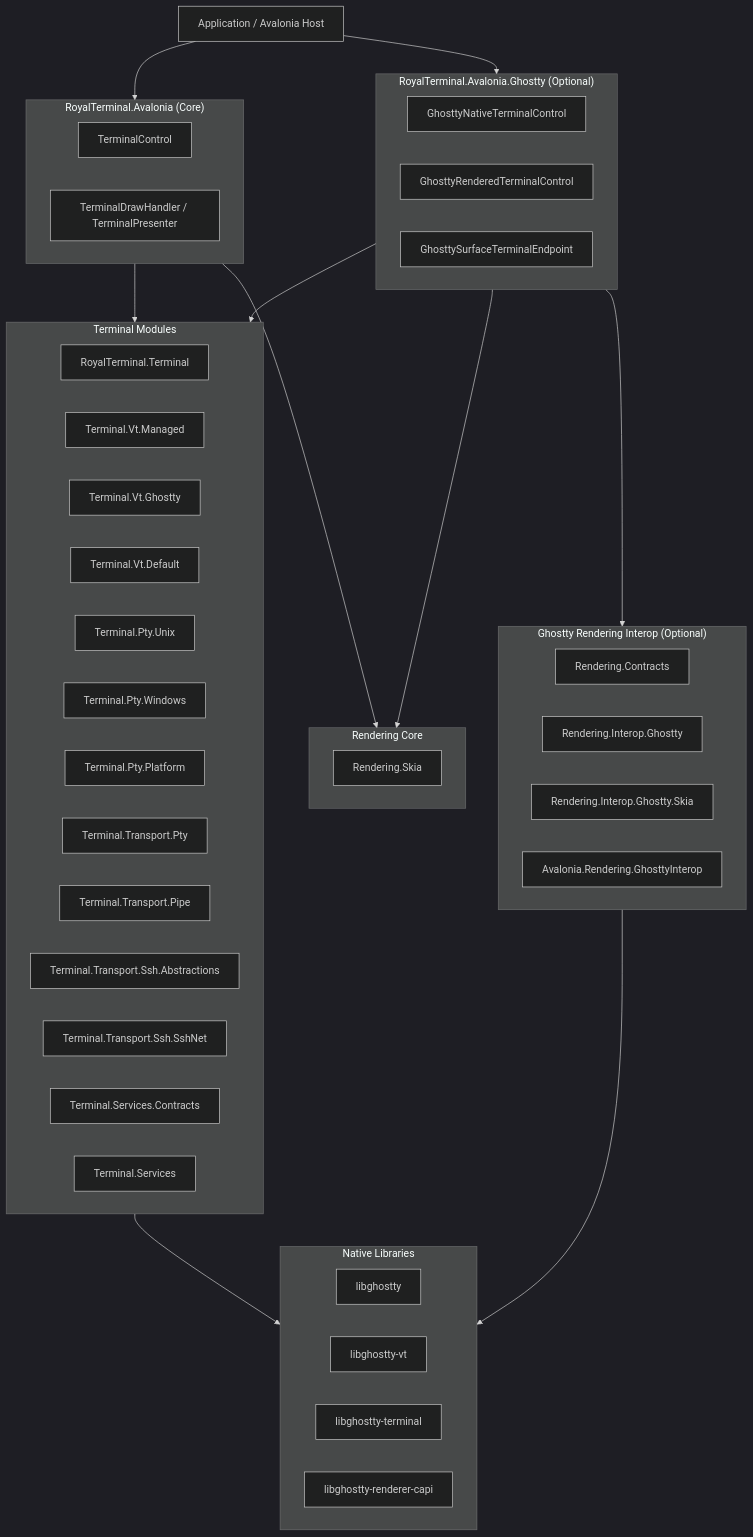
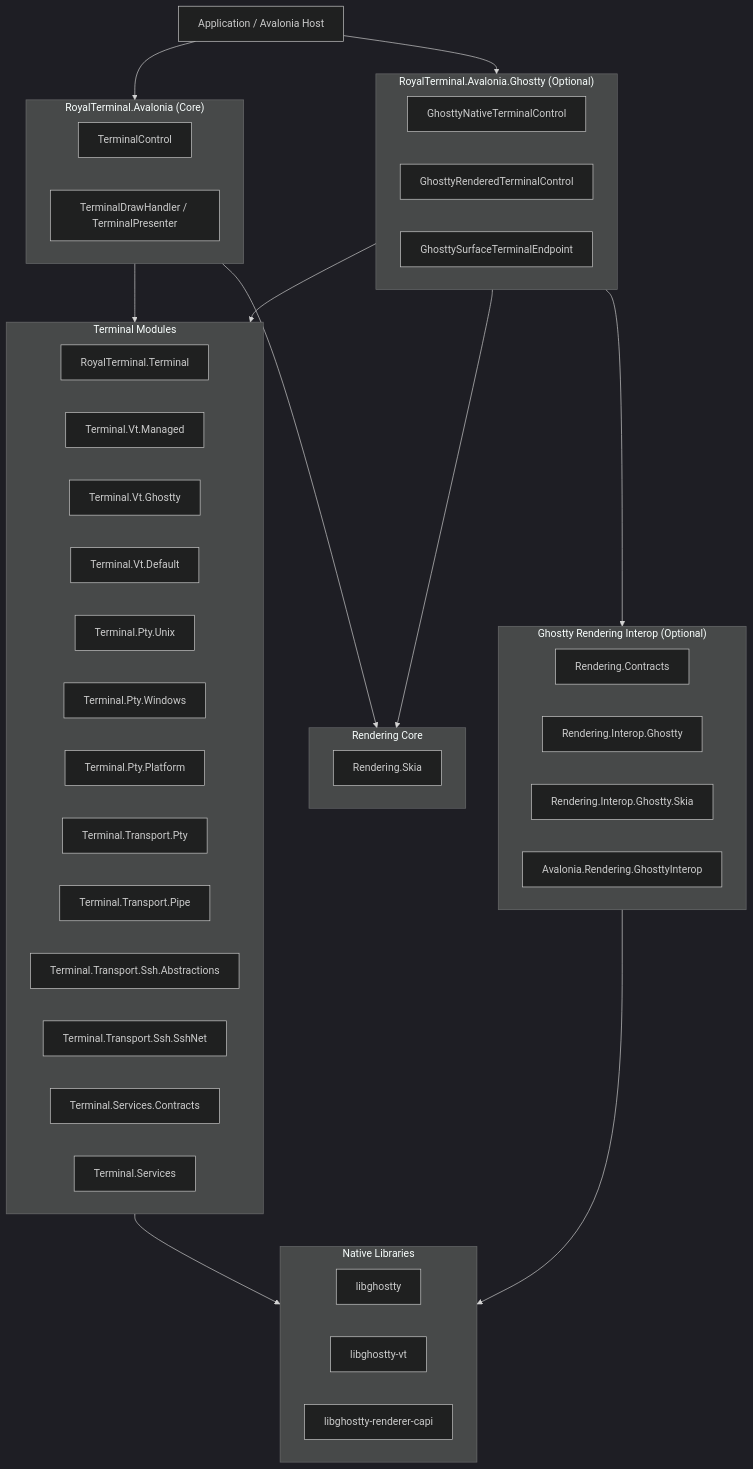
One commit to royalapplications/RoyalTerminal changed the diagram in README.md. Above: the diagram before and after it, drawn with Mermaid (dark theme). The commit also changed other lines of this file and 49 other files, not shown here.

````diff
--- a/README.md
+++ b/README.md
@@ -216,59 +215,58 @@
 ```mermaid
 flowchart TD
     App["Application / Avalonia Host"]
 
     subgraph CoreUI["RoyalTerminal.Avalonia (Core)"]
       C1["TerminalControl"]
       C2["TerminalDrawHandler / TerminalPresenter"]
     end
 
     subgraph GhosttyUI["RoyalTerminal.Avalonia.Ghostty (Optional)"]
       G1["GhosttyNativeTerminalControl"]
       G2["GhosttyRenderedTerminalControl"]
       G3["GhosttySurfaceTerminalEndpoint"]
     end
 
     subgraph Terminal["Terminal Modules"]
       T0["RoyalTerminal.Terminal"]
       T1["Terminal.Vt.Managed"]
       T2["Terminal.Vt.Ghostty"]
       T3["Terminal.Vt.Default"]
       P1["Terminal.Pty.Unix"]
       P2["Terminal.Pty.Windows"]
       P3["Terminal.Pty.Platform"]
       P4["Terminal.Transport.Pty"]
       P5["Terminal.Transport.Pipe"]
       P6["Terminal.Transport.Ssh.Abstractions"]
       P7["Terminal.Transport.Ssh.SshNet"]
       S1["Terminal.Services.Contracts"]
       S2["Terminal.Services"]
     end
 
     subgraph CoreRender["Rendering Core"]
       R4["Rendering.Skia"]
     end
 
     subgraph GhosttyRender["Ghostty Rendering Interop (Optional)"]
       R0["Rendering.Contracts"]
       R1["Rendering.Interop.Ghostty"]
       R2["Rendering.Interop.Ghostty.Skia"]
       R3["Avalonia.Rendering.GhosttyInterop"]
     end
 
     subgraph Native["Native Libraries"]
       N1["libghostty"]
       N2["libghostty-vt"]
-      N3["libghostty-terminal"]
-      N4["libghostty-renderer-capi"]
+      N3["libghostty-renderer-capi"]
     end
 
     App --> CoreUI
     App --> GhosttyUI
     CoreUI --> Terminal
     CoreUI --> CoreRender
     GhosttyUI --> Terminal
     GhosttyUI --> CoreRender
     GhosttyUI --> GhosttyRender
     Terminal --> Native
     GhosttyRender --> Native
 ```
````
